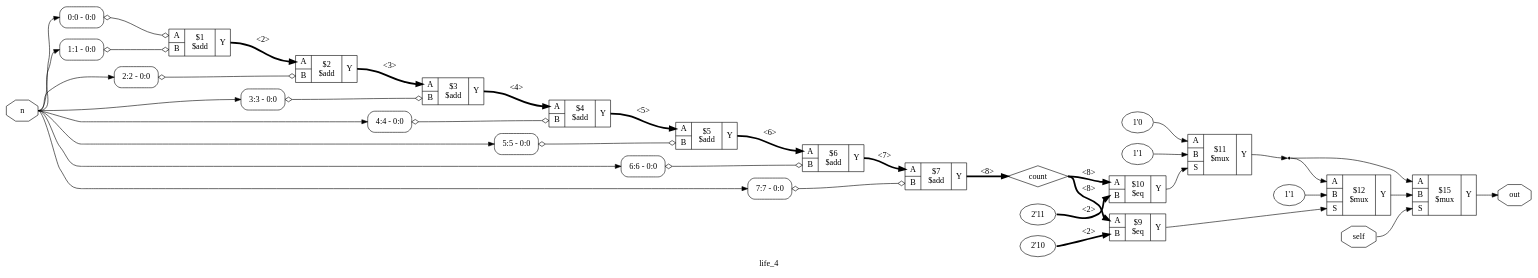
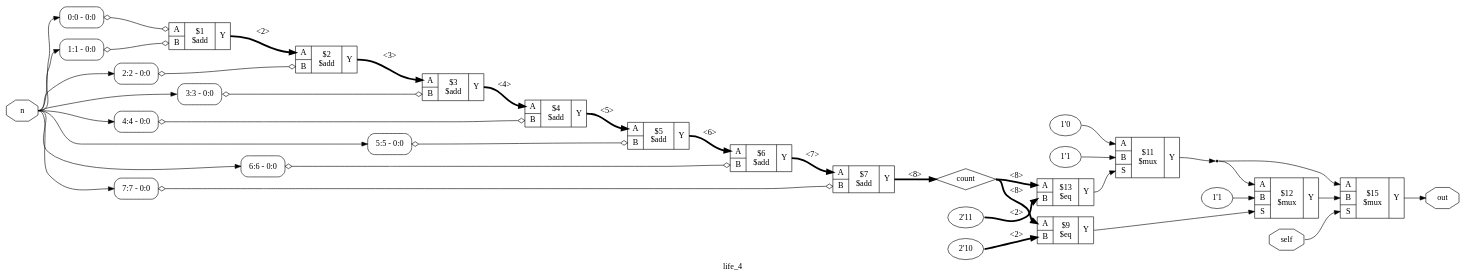
Before and after one commit to theo-learner/bFlow: the diagram in dot/life_4_df.dot, drawn with Graphviz. The commit also changed 58 other files, not shown here.

```diff
--- a/dot/life_4_df.dot
+++ b/dot/life_4_df.dot
@@ -1,73 +1,73 @@
 digraph "life_4" {
 label="life_4";
 rankdir="LR";
 remincross=true;
-n2 [ shape=octagon, label="self", color="black", fontcolor="black" ];
-n3 [ shape=octagon, label="n", color="black", fontcolor="black" ];
-n4 [ shape=octagon, label="out", color="black", fontcolor="black" ];
-n5 [ shape=diamond, label="count", color="black", fontcolor="black" ];
-c19 [ shape=record, label="{{<p16> A|<p17> B}|$1\n$add|{<p18> Y}}" ];
-x0 [ shape=record, style=rounded, label="<s0> 0:0 - 0:0 " ];
-x0:e -> c19:p16:w [arrowhead=odiamond, arrowtail=odiamond, dir=both, color="black", label=""];
-x1 [ shape=record, style=rounded, label="<s0> 1:1 - 0:0 " ];
-x1:e -> c19:p17:w [arrowhead=odiamond, arrowtail=odiamond, dir=both, color="black", label=""];
-c20 [ shape=record, label="{{<p16> A|<p17> B}|$2\n$add|{<p18> Y}}" ];
-x2 [ shape=record, style=rounded, label="<s0> 2:2 - 0:0 " ];
-x2:e -> c20:p17:w [arrowhead=odiamond, arrowtail=odiamond, dir=both, color="black", label=""];
-c21 [ shape=record, label="{{<p16> A|<p17> B}|$3\n$add|{<p18> Y}}" ];
-x3 [ shape=record, style=rounded, label="<s0> 3:3 - 0:0 " ];
-x3:e -> c21:p17:w [arrowhead=odiamond, arrowtail=odiamond, dir=both, color="black", label=""];
-c22 [ shape=record, label="{{<p16> A|<p17> B}|$4\n$add|{<p18> Y}}" ];
-x4 [ shape=record, style=rounded, label="<s0> 4:4 - 0:0 " ];
-x4:e -> c22:p17:w [arrowhead=odiamond, arrowtail=odiamond, dir=both, color="black", label=""];
-c23 [ shape=record, label="{{<p16> A|<p17> B}|$5\n$add|{<p18> Y}}" ];
-x5 [ shape=record, style=rounded, label="<s0> 5:5 - 0:0 " ];
-x5:e -> c23:p17:w [arrowhead=odiamond, arrowtail=odiamond, dir=both, color="black", label=""];
-c24 [ shape=record, label="{{<p16> A|<p17> B}|$6\n$add|{<p18> Y}}" ];
+n12 [ shape=diamond, label="count", color="black", fontcolor="black" ];
+n13 [ shape=octagon, label="out", color="black", fontcolor="black" ];
+n14 [ shape=octagon, label="n", color="black", fontcolor="black" ];
+n15 [ shape=octagon, label="self", color="black", fontcolor="black" ];
+v0 [ label="1'1" ];
+c20 [ shape=record, label="{{<p16> A|<p17> B|<p18> S}|$12\n$mux|{<p19> Y}}" ];
+v1 [ label="1'1" ];
+v2 [ label="1'0" ];
+c21 [ shape=record, label="{{<p16> A|<p17> B|<p18> S}|$11\n$mux|{<p19> Y}}" ];
+v3 [ label="2'11" ];
+c22 [ shape=record, label="{{<p16> A|<p17> B}|$13\n$eq|{<p19> Y}}" ];
+v4 [ label="2'10" ];
+c23 [ shape=record, label="{{<p16> A|<p17> B}|$9\n$eq|{<p19> Y}}" ];
+c24 [ shape=record, label="{{<p16> A|<p17> B|<p18> S}|$15\n$mux|{<p19> Y}}" ];
+c25 [ shape=record, label="{{<p16> A|<p17> B}|$7\n$add|{<p19> Y}}" ];
+x5 [ shape=record, style=rounded, label="<s0> 7:7 - 0:0 " ];
+x5:e -> c25:p17:w [arrowhead=odiamond, arrowtail=odiamond, dir=both, color="black", label=""];
+c26 [ shape=record, label="{{<p16> A|<p17> B}|$6\n$add|{<p19> Y}}" ];
 x6 [ shape=record, style=rounded, label="<s0> 6:6 - 0:0 " ];
-x6:e -> c24:p17:w [arrowhead=odiamond, arrowtail=odiamond, dir=both, color="black", label=""];
-c25 [ shape=record, label="{{<p16> A|<p17> B}|$7\n$add|{<p18> Y}}" ];
-x7 [ shape=record, style=rounded, label="<s0> 7:7 - 0:0 " ];
-x7:e -> c25:p17:w [arrowhead=odiamond, arrowtail=odiamond, dir=both, color="black", label=""];
-v8 [ label="2'10" ];
-c26 [ shape=record, label="{{<p16> A|<p17> B}|$9\n$eq|{<p18> Y}}" ];
-v9 [ label="2'11" ];
-c27 [ shape=record, label="{{<p16> A|<p17> B}|$10\n$eq|{<p18> Y}}" ];
-v10 [ label="1'0" ];
-v11 [ label="1'1" ];
-c29 [ shape=record, label="{{<p16> A|<p17> B|<p28> S}|$11\n$mux|{<p18> Y}}" ];
-v12 [ label="1'1" ];
-c30 [ shape=record, label="{{<p16> A|<p17> B|<p28> S}|$12\n$mux|{<p18> Y}}" ];
-c31 [ shape=record, label="{{<p16> A|<p17> B|<p28> S}|$15\n$mux|{<p18> Y}}" ];
-c23:p18:e -> c24:p16:w [color="black", style="setlinewidth(3)", label="<6>"];
-c24:p18:e -> c25:p16:w [color="black", style="setlinewidth(3)", label="<7>"];
-c26:p18:e -> c30:p28:w [color="black", label=""];
-c27:p18:e -> c29:p28:w [color="black", label=""];
-n14 [ shape=point ];
-c29:p18:e -> n14:w [color="black", label=""];
-n14:e -> c30:p16:w [color="black", label=""];
-n14:e -> c31:p16:w [color="black", label=""];
-c30:p18:e -> c31:p17:w [color="black", label=""];
-n2:e -> c31:p28:w [color="black", label=""];
-n3:e -> x0:s0:w [color="black", label=""];
-n3:e -> x1:s0:w [color="black", label=""];
-n3:e -> x2:s0:w [color="black", label=""];
-n3:e -> x3:s0:w [color="black", label=""];
-n3:e -> x4:s0:w [color="black", label=""];
-n3:e -> x5:s0:w [color="black", label=""];
-n3:e -> x6:s0:w [color="black", label=""];
-n3:e -> x7:s0:w [color="black", label=""];
-c31:p18:e -> n4:w [color="black", label=""];
-c25:p18:e -> n5:w [color="black", style="setlinewidth(3)", label="<8>"];
-n5:e -> c26:p16:w [color="black", style="setlinewidth(3)", label="<8>"];
-n5:e -> c27:p16:w [color="black", style="setlinewidth(3)", label="<8>"];
-c19:p18:e -> c20:p16:w [color="black", style="setlinewidth(3)", label="<2>"];
-c20:p18:e -> c21:p16:w [color="black", style="setlinewidth(3)", label="<3>"];
-c21:p18:e -> c22:p16:w [color="black", style="setlinewidth(3)", label="<4>"];
-c22:p18:e -> c23:p16:w [color="black", style="setlinewidth(3)", label="<5>"];
-v10:e -> c29:p16:w [color="black", label=""];
-v11:e -> c29:p17:w [color="black", label=""];
-v12:e -> c30:p17:w [color="black", label=""];
-v8:e -> c26:p17:w [color="black", style="setlinewidth(3)", label="<2>"];
-v9:e -> c27:p17:w [color="black", style="setlinewidth(3)", label="<2>"];
+x6:e -> c26:p17:w [arrowhead=odiamond, arrowtail=odiamond, dir=both, color="black", label=""];
+c27 [ shape=record, label="{{<p16> A|<p17> B}|$5\n$add|{<p19> Y}}" ];
+x7 [ shape=record, style=rounded, label="<s0> 5:5 - 0:0 " ];
+x7:e -> c27:p17:w [arrowhead=odiamond, arrowtail=odiamond, dir=both, color="black", label=""];
+c28 [ shape=record, label="{{<p16> A|<p17> B}|$4\n$add|{<p19> Y}}" ];
+x8 [ shape=record, style=rounded, label="<s0> 4:4 - 0:0 " ];
+x8:e -> c28:p17:w [arrowhead=odiamond, arrowtail=odiamond, dir=both, color="black", label=""];
+c29 [ shape=record, label="{{<p16> A|<p17> B}|$3\n$add|{<p19> Y}}" ];
+x9 [ shape=record, style=rounded, label="<s0> 3:3 - 0:0 " ];
+x9:e -> c29:p17:w [arrowhead=odiamond, arrowtail=odiamond, dir=both, color="black", label=""];
+c30 [ shape=record, label="{{<p16> A|<p17> B}|$2\n$add|{<p19> Y}}" ];
+x10 [ shape=record, style=rounded, label="<s0> 2:2 - 0:0 " ];
+x10:e -> c30:p17:w [arrowhead=odiamond, arrowtail=odiamond, dir=both, color="black", label=""];
+c31 [ shape=record, label="{{<p16> A|<p17> B}|$1\n$add|{<p19> Y}}" ];
+x11 [ shape=record, style=rounded, label="<s0> 1:1 - 0:0 " ];
+x11:e -> c31:p17:w [arrowhead=odiamond, arrowtail=odiamond, dir=both, color="black", label=""];
+x12 [ shape=record, style=rounded, label="<s0> 0:0 - 0:0 " ];
+x12:e -> c31:p16:w [arrowhead=odiamond, arrowtail=odiamond, dir=both, color="black", label=""];
+c29:p19:e -> c28:p16:w [color="black", style="setlinewidth(3)", label="<4>"];
+c30:p19:e -> c29:p16:w [color="black", style="setlinewidth(3)", label="<3>"];
+c25:p19:e -> n12:w [color="black", style="setlinewidth(3)", label="<8>"];
+n12:e -> c22:p16:w [color="black", style="setlinewidth(3)", label="<8>"];
+n12:e -> c23:p16:w [color="black", style="setlinewidth(3)", label="<8>"];
+c24:p19:e -> n13:w [color="black", label=""];
+n14:e -> x10:s0:w [color="black", label=""];
+n14:e -> x11:s0:w [color="black", label=""];
+n14:e -> x12:s0:w [color="black", label=""];
+n14:e -> x5:s0:w [color="black", label=""];
+n14:e -> x6:s0:w [color="black", label=""];
+n14:e -> x7:s0:w [color="black", label=""];
+n14:e -> x8:s0:w [color="black", label=""];
+n14:e -> x9:s0:w [color="black", label=""];
+n15:e -> c24:p18:w [color="black", label=""];
+c31:p19:e -> c30:p16:w [color="black", style="setlinewidth(3)", label="<2>"];
+c23:p19:e -> c20:p18:w [color="black", label=""];
+c20:p19:e -> c24:p17:w [color="black", label=""];
+n5 [ shape=point ];
+c21:p19:e -> n5:w [color="black", label=""];
+n5:e -> c20:p16:w [color="black", label=""];
+n5:e -> c24:p16:w [color="black", label=""];
+c22:p19:e -> c21:p18:w [color="black", label=""];
+c26:p19:e -> c25:p16:w [color="black", style="setlinewidth(3)", label="<7>"];
+c27:p19:e -> c26:p16:w [color="black", style="setlinewidth(3)", label="<6>"];
+c28:p19:e -> c27:p16:w [color="black", style="setlinewidth(3)", label="<5>"];
+v0:e -> c20:p17:w [color="black", label=""];
+v1:e -> c21:p17:w [color="black", label=""];
+v2:e -> c21:p16:w [color="black", label=""];
+v3:e -> c22:p17:w [color="black", style="setlinewidth(3)", label="<2>"];
+v4:e -> c23:p17:w [color="black", style="setlinewidth(3)", label="<2>"];
 }
```
